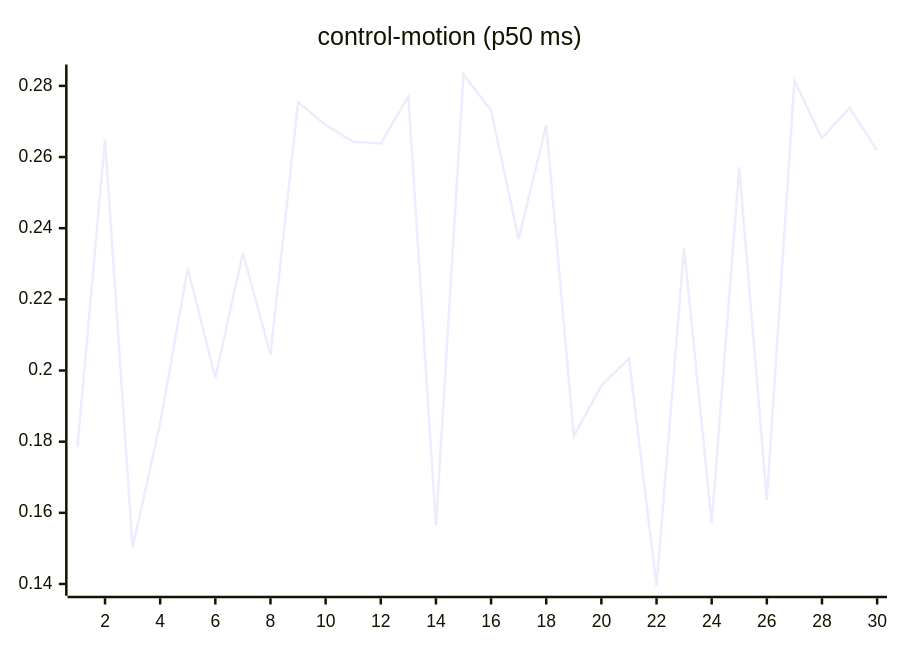
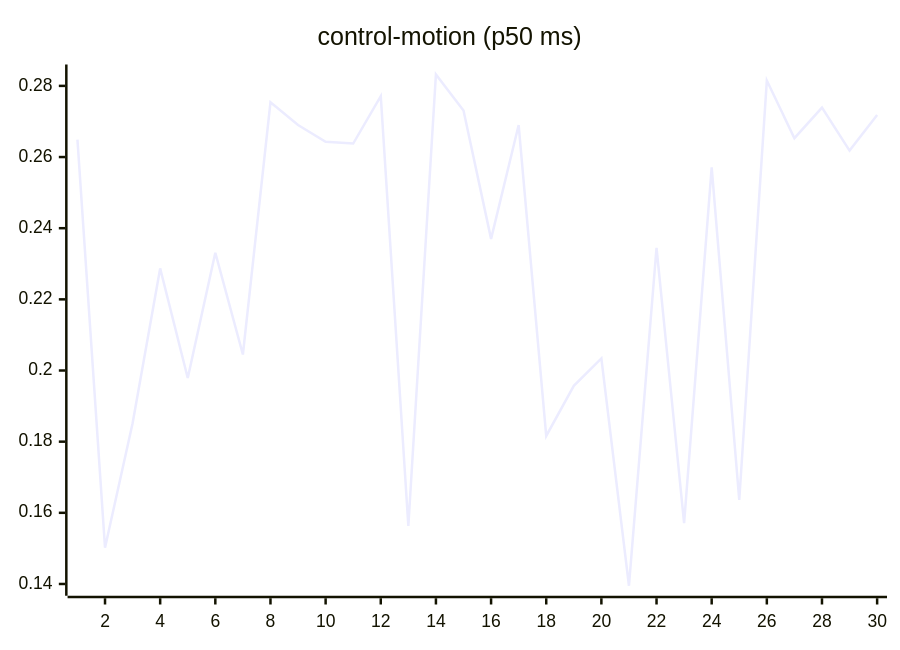
Before and after one commit to josha/Facet: the seventh of 27 diagrams in README.md, drawn with Mermaid. The commit also changed other lines of this file and 2 other files, not shown here.

````diff
--- a/README.md
+++ b/README.md
@@ -105,6 +105,6 @@
 ```mermaid
 xychart-beta
     title "control-motion (p50 ms)"
     x-axis 1 --> 30
-    line [0.1787, 0.2649, 0.1502, 0.1852, 0.2287, 0.1979, 0.2331, 0.2045, 0.2754, 0.2690, 0.2643, 0.2638, 0.2771, 0.1563, 0.2832, 0.2731, 0.2370, 0.2690, 0.1816, 0.1957, 0.2034, 0.1395, 0.2345, 0.1571, 0.2571, 0.1636, 0.2815, 0.2653, 0.2739, 0.2618]
+    line [0.2649, 0.1502, 0.1852, 0.2287, 0.1979, 0.2331, 0.2045, 0.2754, 0.2690, 0.2643, 0.2638, 0.2771, 0.1563, 0.2832, 0.2731, 0.2370, 0.2690, 0.1816, 0.1957, 0.2034, 0.1395, 0.2345, 0.1571, 0.2571, 0.1636, 0.2815, 0.2653, 0.2739, 0.2618, 0.2718]
 ```
````
